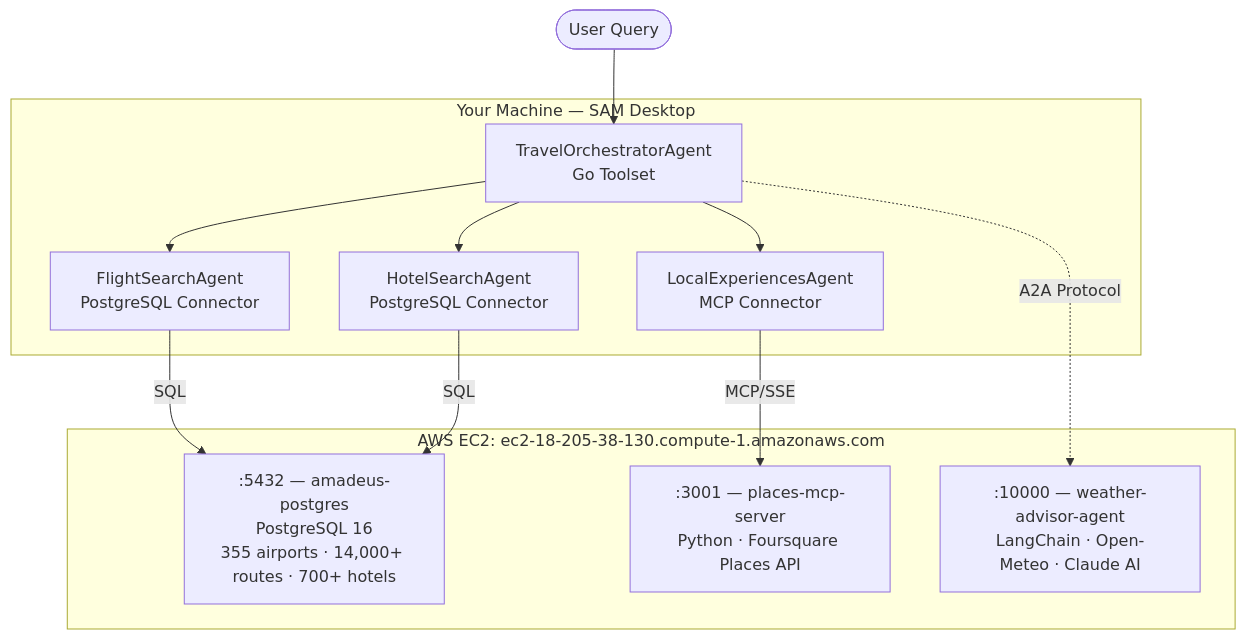
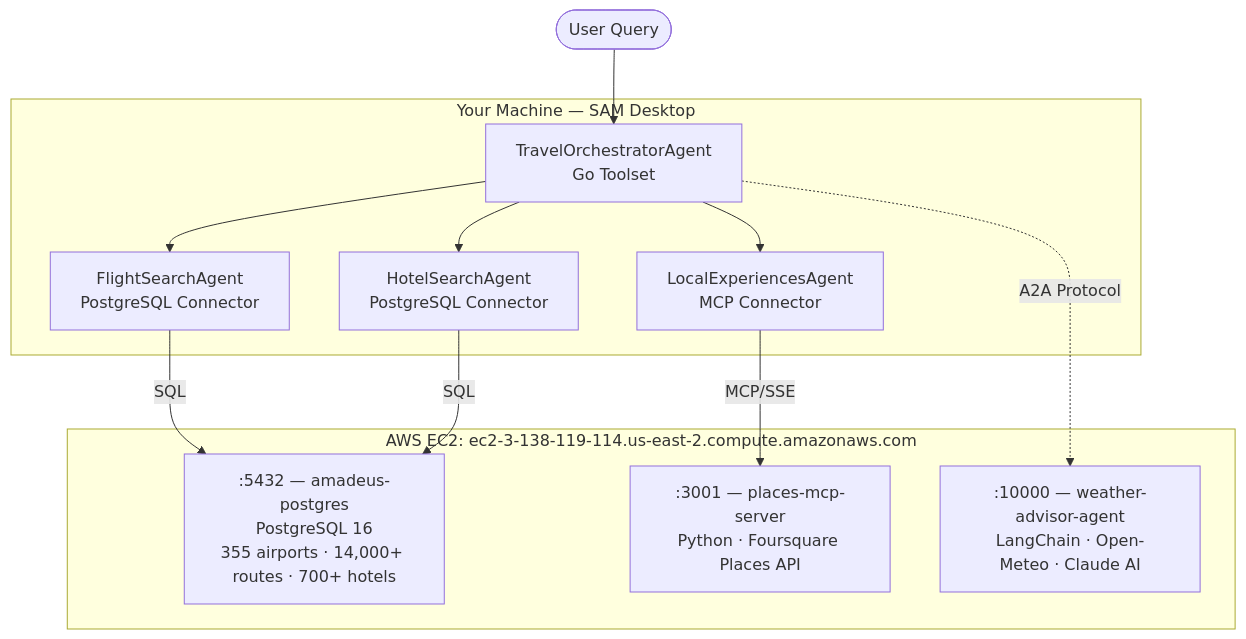
The diagram in README.md (sahsharma-breakingbad/SAM-workshop), drawn with Mermaid before and after one commit. The commit also changed other lines of this file, not shown here.

````diff
--- a/README.md
+++ b/README.md
@@ -49,26 +51,26 @@
 ```mermaid
 graph TB
     User([User Query])
 
     subgraph Local["Your Machine — SAM Desktop"]
         Orch["TravelOrchestratorAgent\nGo Toolset"]
         Flight["FlightSearchAgent\nPostgreSQL Connector"]
         Hotel["HotelSearchAgent\nPostgreSQL Connector"]
         Local2["LocalExperiencesAgent\nMCP Connector"]
     end
 
-    subgraph EC2["AWS EC2: ec2-18-205-38-130.compute-1.amazonaws.com"]
+    subgraph EC2["AWS EC2: ec2-3-138-119-114.us-east-2.compute.amazonaws.com"]
         PG[":5432 — amadeus-postgres\nPostgreSQL 16\n355 airports · 14,000+ routes · 700+ hotels"]
         MCP[":3001 — places-mcp-server\nPython · Foursquare Places API"]
         A2A[":10000 — weather-advisor-agent\nLangChain · Open-Meteo · Claude AI"]
     end
 
     User --> Orch
     Orch --> Flight
     Orch --> Hotel
     Orch --> Local2
     Orch -.->|A2A Protocol| A2A
     Flight -->|SQL| PG
     Hotel -->|SQL| PG
     Local2 -->|MCP/SSE| MCP
 ```
````
